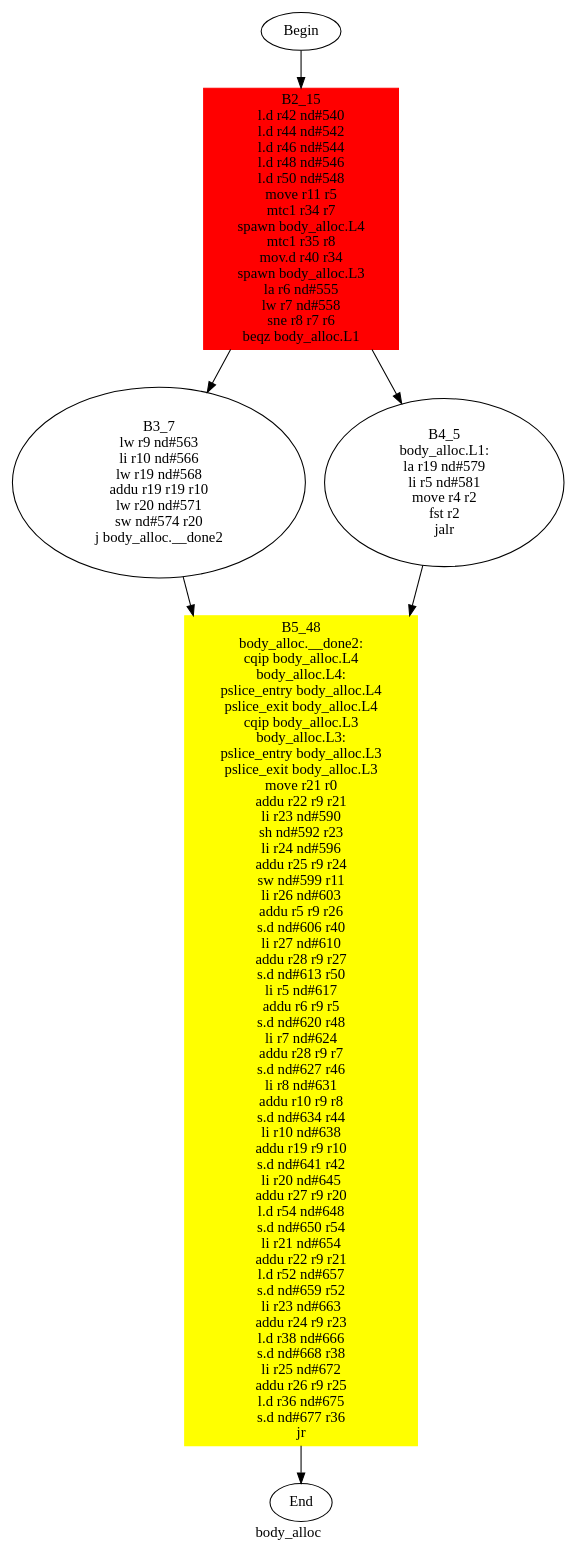
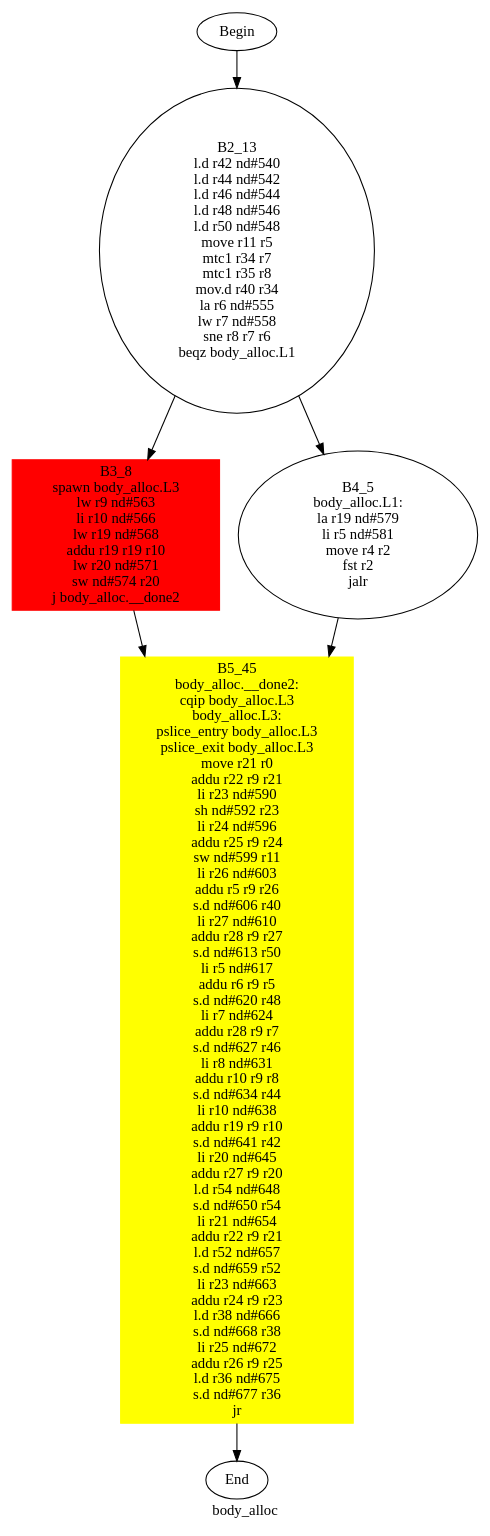
Before and after one commit to qixianbd/partition_wqm_new_one: the diagram in testcase/dot_file/body_alloc_after.dot, drawn with Graphviz. The commit also changed 1044 other files, not shown here.

```diff
--- a/testcase/dot_file/body_alloc_after.dot
+++ b/testcase/dot_file/body_alloc_after.dot
@@ -1,20 +1,18 @@
 digraph G{
 	label = "body_alloc"	style = "dashed";
 	color = purple;
 	Node0 [label = "Begin"];
 	Node0 -> {Node2 }
 	Node1 [label = "End"];
 	Node1 -> {}
-	Node2 [label = "B2_15\nl.d	r42	nd#540	\nl.d	r44	nd#542	\nl.d	r46	nd#544	\nl.d	r48	nd#546	\nl.d	r50	nd#548	\nmove	r11	r5	\nmtc1	r34	r7	\nspawn	body_alloc.L4\nmtc1	r35	r8	\nmov.d	r40	r34	\nspawn	body_alloc.L3\nla	r6	nd#555	\nlw	r7	nd#558	\nsne	r8	r7	r6	\nbeqz	body_alloc.L1\n"];
+	Node2 [label = "B2_13\nl.d	r42	nd#540	\nl.d	r44	nd#542	\nl.d	r46	nd#544	\nl.d	r48	nd#546	\nl.d	r50	nd#548	\nmove	r11	r5	\nmtc1	r34	r7	\nmtc1	r35	r8	\nmov.d	r40	r34	\nla	r6	nd#555	\nlw	r7	nd#558	\nsne	r8	r7	r6	\nbeqz	body_alloc.L1\n"];
 	Node2 -> {Node3 Node4 }
-	Node3 [label = "B3_7\nlw	r9	nd#563	\nli	r10	nd#566	\nlw	r19	nd#568	\naddu	r19	r19	r10	\nlw	r20	nd#571	\nsw	nd#574	r20	\nj	body_alloc.__done2\n"];
+	Node3 [label = "B3_8\nspawn	body_alloc.L3\nlw	r9	nd#563	\nli	r10	nd#566	\nlw	r19	nd#568	\naddu	r19	r19	r10	\nlw	r20	nd#571	\nsw	nd#574	r20	\nj	body_alloc.__done2\n"];
 	Node3 -> {Node5 }
 	Node4 [label = "B4_5\nbody_alloc.L1:\nla	r19	nd#579	\nli	r5	nd#581	\nmove	r4	r2	\nfst	r2	\njalr	\n"];
 	Node4 -> {Node5 }
-	Node5 [label = "B5_48\nbody_alloc.__done2:\ncqip	body_alloc.L4\nbody_alloc.L4:\npslice_entry	body_alloc.L4\npslice_exit	body_alloc.L4\ncqip	body_alloc.L3\nbody_alloc.L3:\npslice_entry	body_alloc.L3\npslice_exit	body_alloc.L3\nmove	r21	r0	\naddu	r22	r9	r21	\nli	r23	nd#590	\nsh	nd#592	r23	\nli	r24	nd#596	\naddu	r25	r9	r24	\nsw	nd#599	r11	\nli	r26	nd#603	\naddu	r5	r9	r26	\ns.d	nd#606	r40	\nli	r27	nd#610	\naddu	r28	r9	r27	\ns.d	nd#613	r50	\nli	r5	nd#617	\naddu	r6	r9	r5	\ns.d	nd#620	r48	\nli	r7	nd#624	\naddu	r28	r9	r7	\ns.d	nd#627	r46	\nli	r8	nd#631	\naddu	r10	r9	r8	\ns.d	nd#634	r44	\nli	r10	nd#638	\naddu	r19	r9	r10	\ns.d	nd#641	r42	\nli	r20	nd#645	\naddu	r27	r9	r20	\nl.d	r54	nd#648	\ns.d	nd#650	r54	\nli	r21	nd#654	\naddu	r22	r9	r21	\nl.d	r52	nd#657	\ns.d	nd#659	r52	\nli	r23	nd#663	\naddu	r24	r9	r23	\nl.d	r38	nd#666	\ns.d	nd#668	r38	\nli	r25	nd#672	\naddu	r26	r9	r25	\nl.d	r36	nd#675	\ns.d	nd#677	r36	\njr	\n"];
+	Node5 [label = "B5_45\nbody_alloc.__done2:\ncqip	body_alloc.L3\nbody_alloc.L3:\npslice_entry	body_alloc.L3\npslice_exit	body_alloc.L3\nmove	r21	r0	\naddu	r22	r9	r21	\nli	r23	nd#590	\nsh	nd#592	r23	\nli	r24	nd#596	\naddu	r25	r9	r24	\nsw	nd#599	r11	\nli	r26	nd#603	\naddu	r5	r9	r26	\ns.d	nd#606	r40	\nli	r27	nd#610	\naddu	r28	r9	r27	\ns.d	nd#613	r50	\nli	r5	nd#617	\naddu	r6	r9	r5	\ns.d	nd#620	r48	\nli	r7	nd#624	\naddu	r28	r9	r7	\ns.d	nd#627	r46	\nli	r8	nd#631	\naddu	r10	r9	r8	\ns.d	nd#634	r44	\nli	r10	nd#638	\naddu	r19	r9	r10	\ns.d	nd#641	r42	\nli	r20	nd#645	\naddu	r27	r9	r20	\nl.d	r54	nd#648	\ns.d	nd#650	r54	\nli	r21	nd#654	\naddu	r22	r9	r21	\nl.d	r52	nd#657	\ns.d	nd#659	r52	\nli	r23	nd#663	\naddu	r24	r9	r23	\nl.d	r38	nd#666	\ns.d	nd#668	r38	\nli	r25	nd#672	\naddu	r26	r9	r25	\nl.d	r36	nd#675	\ns.d	nd#677	r36	\njr	\n"];
 	Node5 -> {Node1 }
-	Node2 [shape = box ,style=filled ,color=red];
-	Node2 [shape = box ,style=filled ,color=red];
-	Node5 [shape = polygon ,style=filled ,color=yellow];
+	Node3 [shape = box ,style=filled ,color=red];
 	Node5 [shape = polygon ,style=filled ,color=yellow];
 }
```
